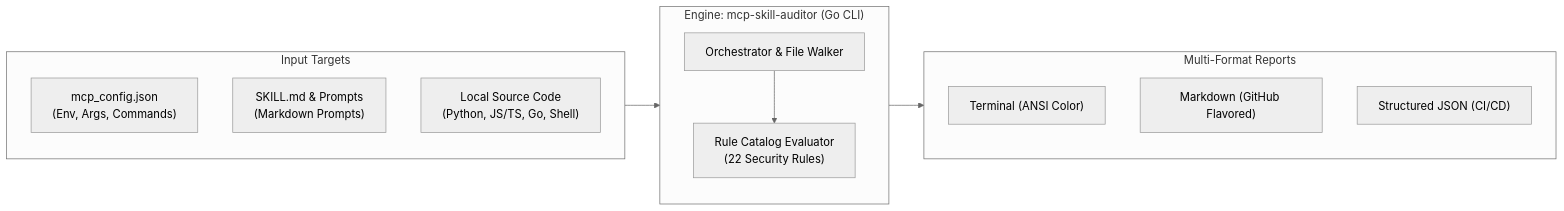
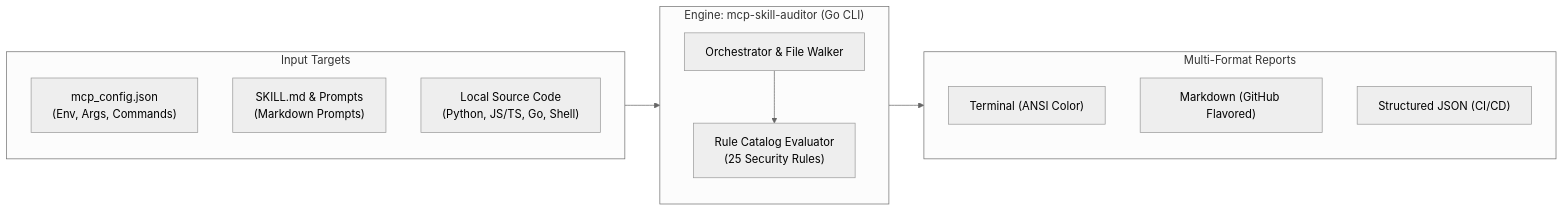
Before and after one commit to hanifalkauni/mcp-skill-auditor: the diagram in README.md, drawn with Mermaid (neutral theme). The commit also changed other lines of this file and 8 other files, not shown here.

Commit message:
fix: enhance windows bom handling, guard false-positives and sync rule catalog

````diff
--- a/README.md
+++ b/README.md
@@ -21,26 +21,26 @@
 ```mermaid
 flowchart LR
     subgraph Inputs ["Input Targets"]
         direction TB
         CFG["mcp_config.json<br/>(Env, Args, Commands)"]
         SKL["SKILL.md & Prompts<br/>(Markdown Prompts)"]
         SRC["Local Source Code<br/>(Python, JS/TS, Go, Shell)"]
     end
 
     subgraph Engine ["Engine: mcp-skill-auditor (Go CLI)"]
         direction TB
         DEC["Orchestrator & File Walker"]
-        RUL["Rule Catalog Evaluator<br/>(22 Security Rules)"]
+        RUL["Rule Catalog Evaluator<br/>(25 Security Rules)"]
         DEC --> RUL
     end
 
     subgraph Outputs ["Multi-Format Reports"]
         direction TB
         TERM["Terminal (ANSI Color)"]
         MD["Markdown (GitHub Flavored)"]
         JSON["Structured JSON (CI/CD)"]
     end
 
     Inputs --> DEC
     RUL --> Outputs
 ```
````
